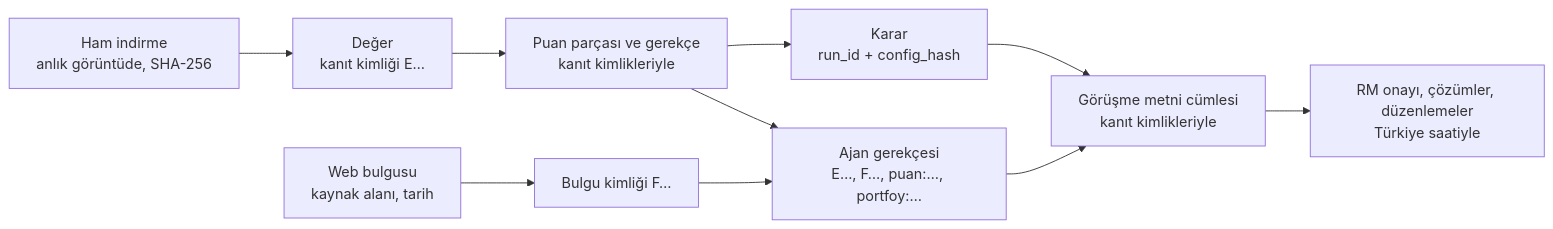
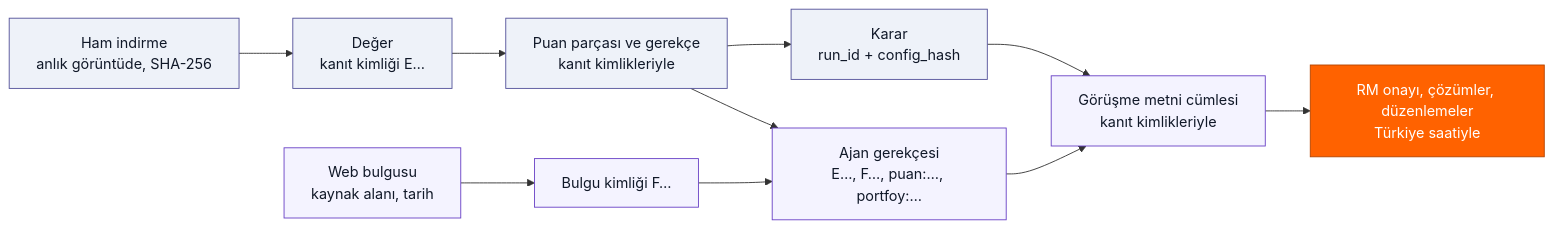
Before and after one commit to ArdahanDogru/ing-hackathon-rm-prep: the sixth of 6 diagrams in README.md, drawn with Mermaid. The commit also changed other lines of this file, not shown here.

Commit message:
README: section 0 (quick start, how to read); engine chart with inputs and outputs, colors for code / AI / RM; sections 2-8 rewritten in the voice of the opening

````diff
--- a/README.md
+++ b/README.md
@@ -506,12 +543,18 @@
 ```mermaid
 flowchart LR
     P["Ham indirme<br/>anlık görüntüde, SHA-256"] --> D["Değer<br/>kanıt kimliği E…"]
     W["Web bulgusu<br/>kaynak alanı, tarih"] --> F["Bulgu kimliği F…"]
     D --> O["Puan parçası ve gerekçe<br/>kanıt kimlikleriyle"]
     O --> R["Karar<br/>run_id + config_hash"]
     F --> AG["Ajan gerekçesi<br/>E…, F…, puan:…, portfoy:…"]
     O --> AG
     R --> M["Görüşme metni cümlesi<br/>kanıt kimlikleriyle"]
     AG --> M
     M --> A["RM onayı, çözümler, düzenlemeler<br/>Türkiye saatiyle"]
+    classDef code fill:#EEF2F9,stroke:#525199,color:#101828
+    classDef ai fill:#F4F3FF,stroke:#6941C6,color:#101828
+    classDef human fill:#FF6200,stroke:#B34400,color:#fff
+    class P,D,O,R code
+    class W,F,AG,M ai
+    class A human
 ```
````
